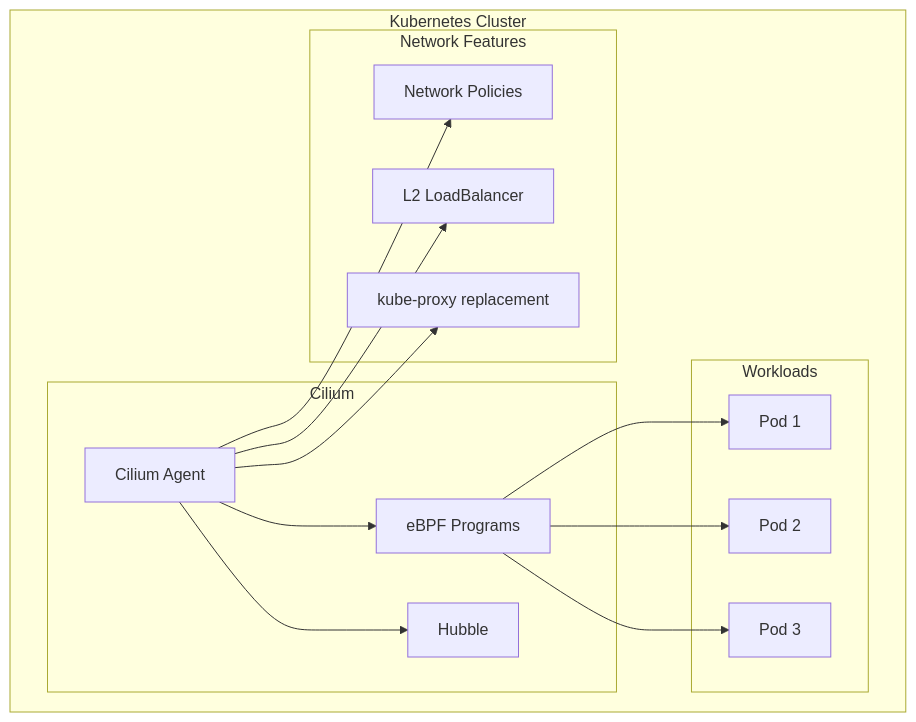
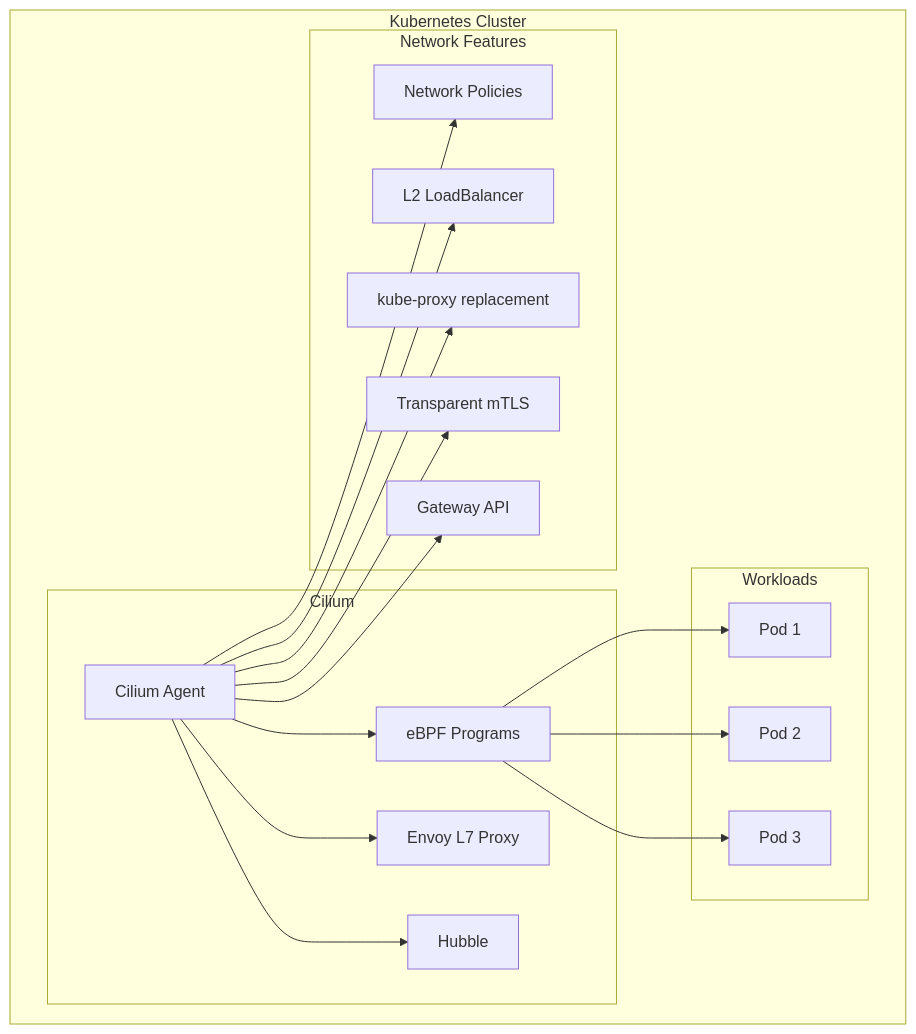
Before and after one commit to openova-io/cilium: the first of 2 diagrams in docs/ADR-CNI-CILIUM-EBPF.md, drawn with Mermaid. The commit also changed other lines of this file and 1 other file, not shown here.

````diff
--- a/docs/ADR-CNI-CILIUM-EBPF.md
+++ b/docs/ADR-CNI-CILIUM-EBPF.md
@@ -17,31 +17,37 @@
 ```mermaid
 flowchart TB
     subgraph K8s["Kubernetes Cluster"]
         subgraph Cilium["Cilium"]
             Agent[Cilium Agent]
             eBPF[eBPF Programs]
+            Envoy[Envoy L7 Proxy]
             Hubble[Hubble]
         end
 
         subgraph Workloads["Workloads"]
             Pod1[Pod 1]
             Pod2[Pod 2]
             Pod3[Pod 3]
         end
 
         subgraph Network["Network Features"]
             NP[Network Policies]
             LB[L2 LoadBalancer]
             Proxy[kube-proxy replacement]
+            mTLS[Transparent mTLS]
+            GW[Gateway API]
         end
     end
 
     Agent --> eBPF
+    Agent --> Envoy
     eBPF --> Pod1
     eBPF --> Pod2
     eBPF --> Pod3
     Agent --> NP
     Agent --> LB
     Agent --> Proxy
+    Agent --> mTLS
+    Agent --> GW
     Agent --> Hubble
 ```
````
